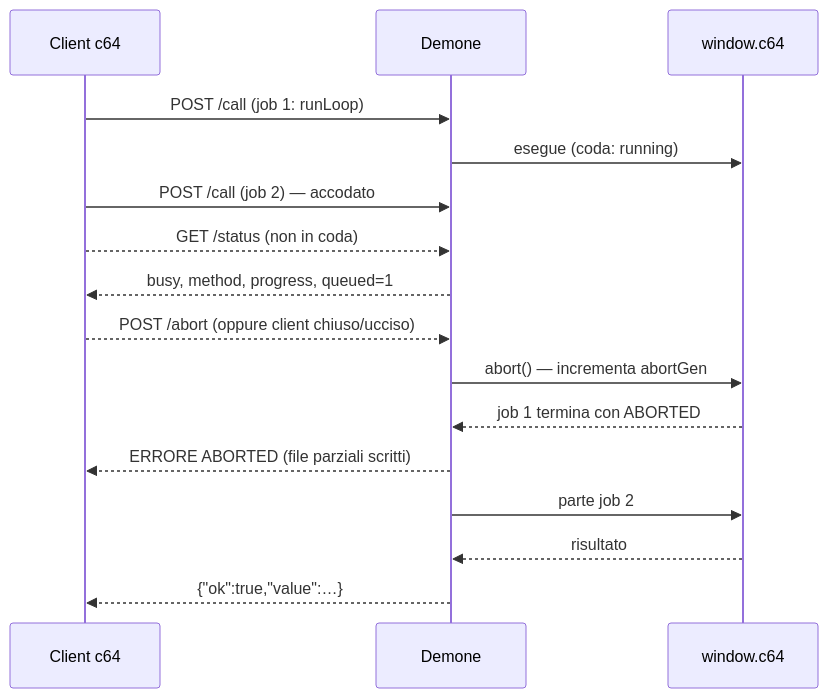
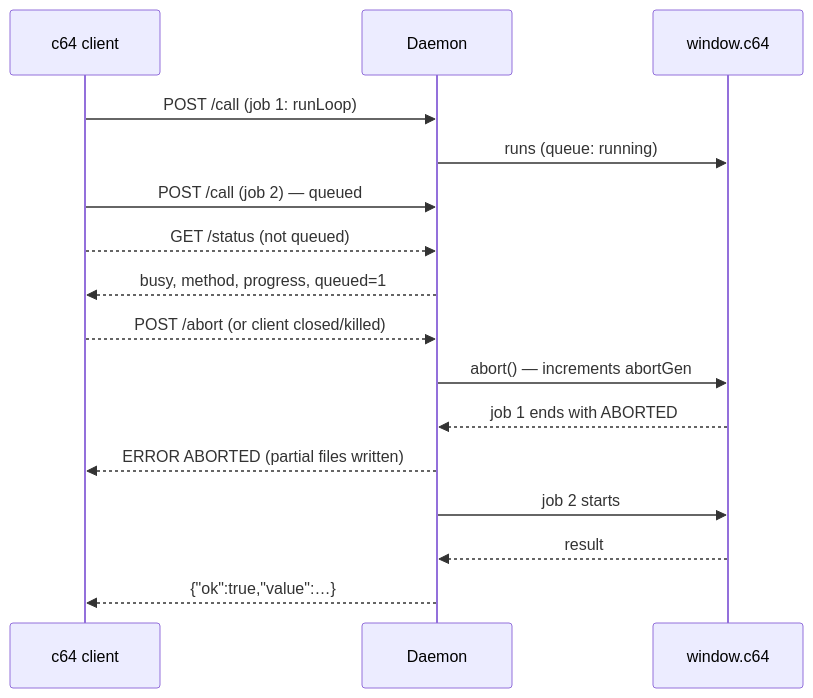
One commit to caporalesimone/barbarian-the-blood-path changed the second of 2 diagrams in toolchain/vc64web-custom/docs/c64-cli.md. Above: the diagram before and after it, drawn with Mermaid. The commit also changed other lines of this file and 77 other files, not shown here.

````diff
--- a/toolchain/vc64web-custom/docs/c64-cli.md
+++ b/toolchain/vc64web-custom/docs/c64-cli.md
@@ -136,18 +136,18 @@
 ```mermaid
 sequenceDiagram
-  participant C as Client c64
-  participant D as Demone
+  participant C as c64 client
+  participant D as Daemon
   participant A as window.c64
   C->>D: POST /call (job 1: runLoop)
-  D->>A: esegue (coda: running)
-  C->>D: POST /call (job 2) — accodato
-  C-->>D: GET /status (non in coda)
+  D->>A: runs (queue: running)
+  C->>D: POST /call (job 2) — queued
+  C-->>D: GET /status (not queued)
   D-->>C: busy, method, progress, queued=1
-  C-->>D: POST /abort (oppure client chiuso/ucciso)
-  D->>A: abort() — incrementa abortGen
-  A-->>D: job 1 termina con ABORTED
-  D-->>C: ERRORE ABORTED (file parziali scritti)
-  D->>A: parte job 2
-  A-->>D: risultato
+  C-->>D: POST /abort (or client closed/killed)
+  D->>A: abort() — increments abortGen
+  A-->>D: job 1 ends with ABORTED
+  D-->>C: ERROR ABORTED (partial files written)
+  D->>A: job 2 starts
+  A-->>D: result
   D-->>C: {"ok":true,"value":…}
 ```
````
